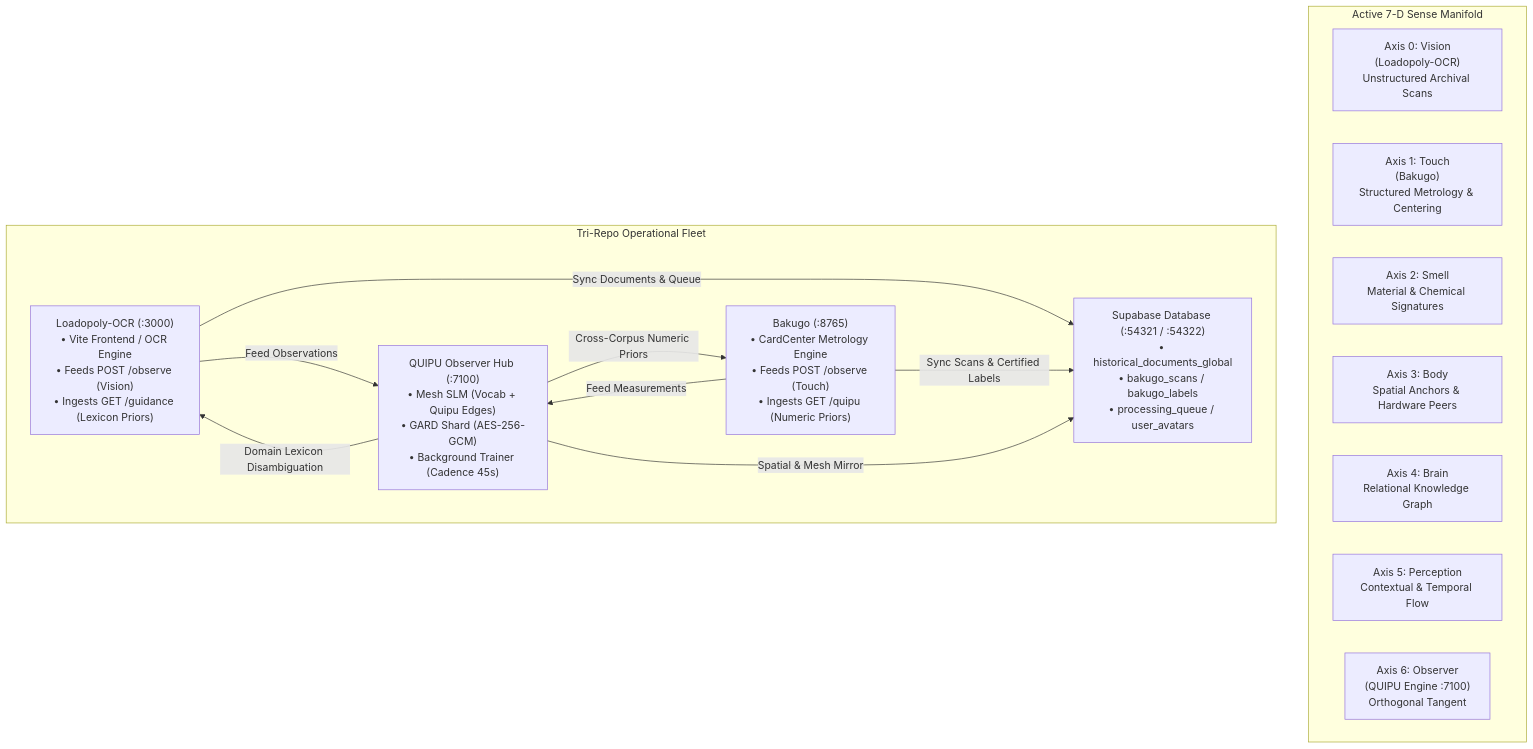
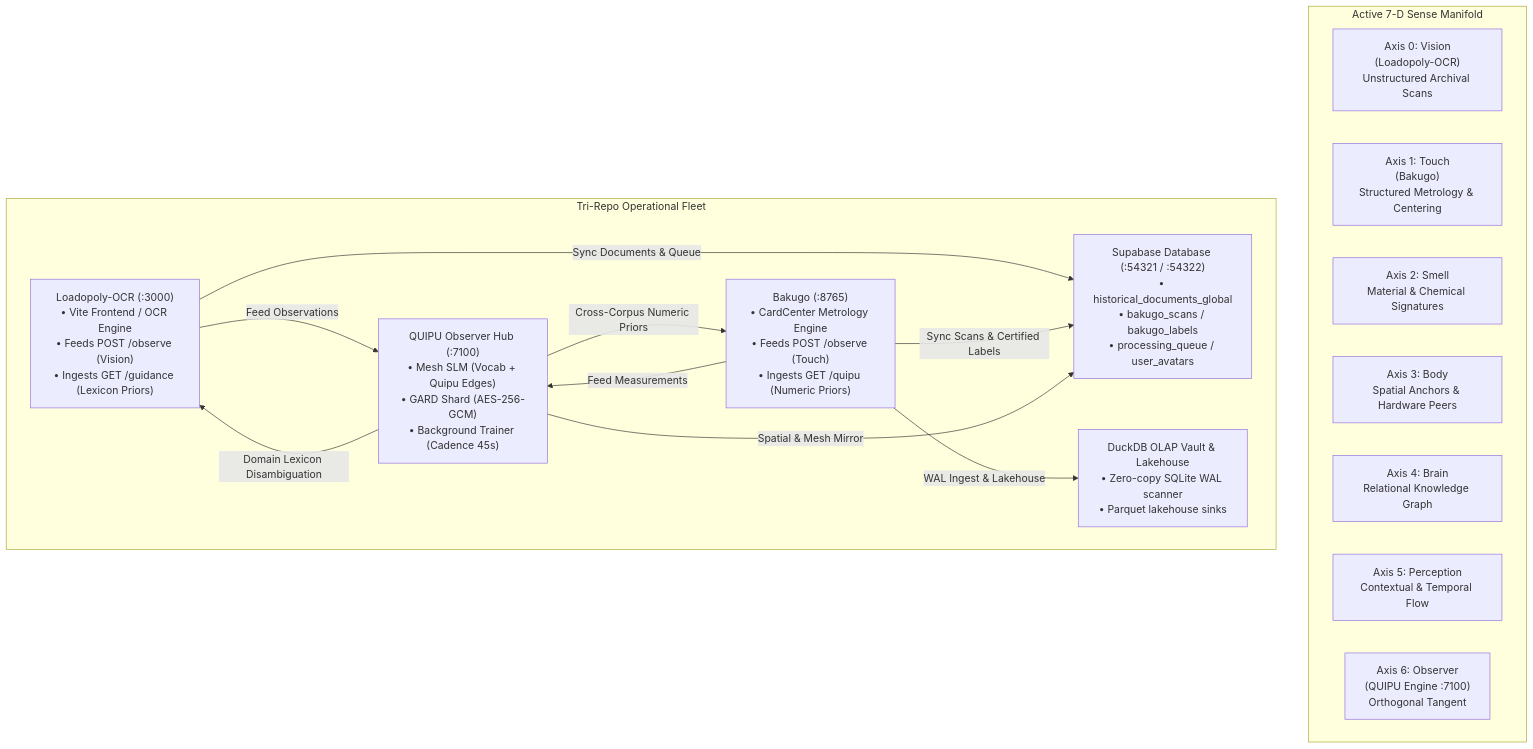
The diagram in docs/SYSTEM_DYNAMICS.md (PoodlesOfWar/QUIPU), drawn with Mermaid before and after one commit. The commit also changed other lines of this file and 1 other file, not shown here.

````diff
--- a/docs/SYSTEM_DYNAMICS.md
+++ b/docs/SYSTEM_DYNAMICS.md
@@ -26,28 +27,30 @@
 ```mermaid
 flowchart TD
     subgraph SENSE_AXES["Active 7-D Sense Manifold"]
         V["Axis 0: Vision\n(Loadopoly-OCR)\nUnstructured Archival Scans"]
         T["Axis 1: Touch\n(Bakugo)\nStructured Metrology & Centering"]
         S["Axis 2: Smell\nMaterial & Chemical Signatures"]
         B["Axis 3: Body\nSpatial Anchors & Hardware Peers"]
         BR["Axis 4: Brain\nRelational Knowledge Graph"]
         P["Axis 5: Perception\nContextual & Temporal Flow"]
         OBS["Axis 6: Observer\n(QUIPU Engine :7100)\nOrthogonal Tangent"]
     end
 
     subgraph TRI_REPO_FLEET["Tri-Repo Operational Fleet"]
         LOADOPOLY["Loadopoly-OCR (:3000)\n• Vite Frontend / OCR Engine\n• Feeds POST /observe (Vision)\n• Ingests GET /guidance (Lexicon Priors)"]
         BAKUGO["Bakugo (:8765)\n• CardCenter Metrology Engine\n• Feeds POST /observe (Touch)\n• Ingests GET /quipu (Numeric Priors)"]
         QUIPU_SVC["QUIPU Observer Hub (:7100)\n• Mesh SLM (Vocab + Quipu Edges)\n• GARD Shard (AES-256-GCM)\n• Background Trainer (Cadence 45s)"]
         SUPABASE["Supabase Database (:54321 / :54322)\n• historical_documents_global\n• bakugo_scans / bakugo_labels\n• processing_queue / user_avatars"]
+        DUCKDB["DuckDB OLAP Vault & Lakehouse\n• Zero-copy SQLite WAL scanner\n• Parquet lakehouse sinks"]
     end
 
     LOADOPOLY -- "Feed Observations" --> QUIPU_SVC
     QUIPU_SVC -- "Domain Lexicon Disambiguation" --> LOADOPOLY
     BAKUGO -- "Feed Measurements" --> QUIPU_SVC
     QUIPU_SVC -- "Cross-Corpus Numeric Priors" --> BAKUGO
 
     LOADOPOLY -- "Sync Documents & Queue" --> SUPABASE
     BAKUGO -- "Sync Scans & Certified Labels" --> SUPABASE
     QUIPU_SVC -- "Spatial & Mesh Mirror" --> SUPABASE
+    BAKUGO -- "WAL Ingest & Lakehouse" --> DUCKDB
 ```
````
